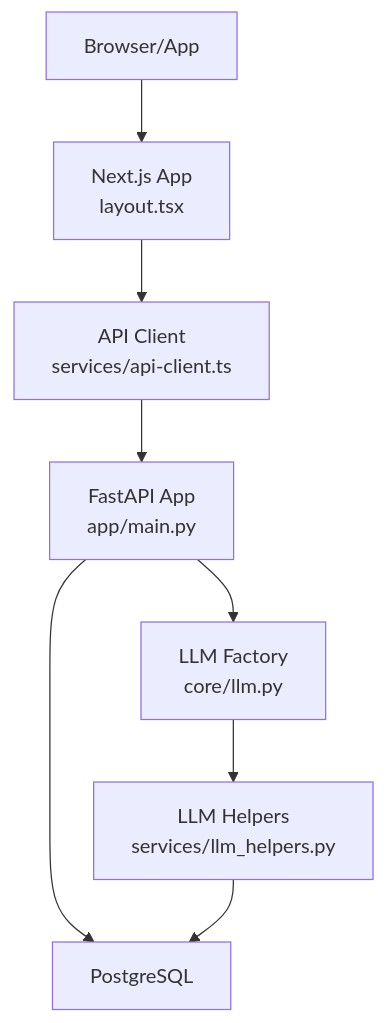
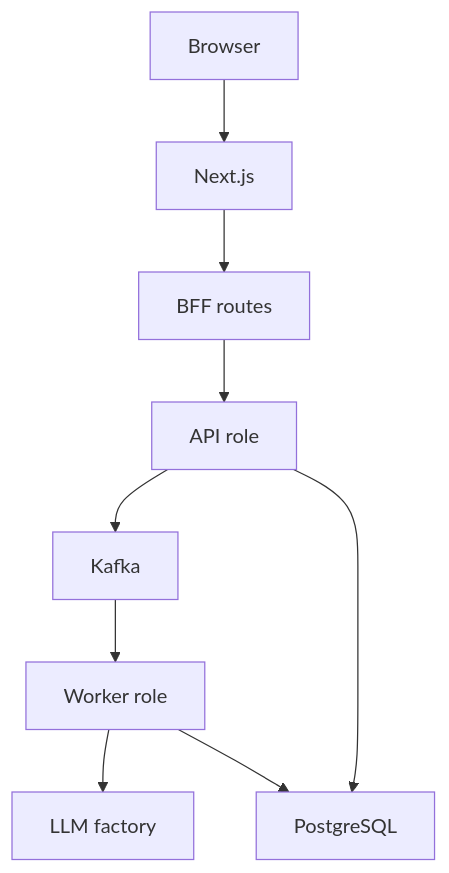
One commit to tashifkhan/tashif.codes changed the second of 6 diagrams in src/data/docs/talentsync/Project Overview/Technical Architecture Overview.md. Above: the diagram before and after it, drawn with Mermaid. The commit also changed other lines of this file and 2128 other files, not shown here.

First line of the commit message:
docs: replace raster diagram images with native Mermaid across project guides

````diff
--- a/src/data/docs/talentsync/Project Overview/Technical Architecture Overview.md
+++ b/src/data/docs/talentsync/Project Overview/Technical Architecture Overview.md
@@ -67,17 +65,19 @@
 ```mermaid
 graph TB
-Client["Browser/App"]
-NextApp["Next.js App<br/>layout.tsx"]
-APIClient["API Client<br/>services/api-client.ts"]
-FastAPI["FastAPI App<br/>app/main.py"]
-LLMFactory["LLM Factory<br/>core/llm.py"]
-LLMHelpers["LLM Helpers<br/>services/llm_helpers.py"]
+Client["Browser"]
+NextApp["Next.js"]
+BFF["BFF routes"]
+FastAPI["API role"]
+Worker["Worker role"]
+LLMFactory["LLM factory"]
 DB["PostgreSQL"]
+K["Kafka"]
 Client --> NextApp
-NextApp --> APIClient
-APIClient --> FastAPI
-FastAPI --> LLMFactory
-LLMFactory --> LLMHelpers
+NextApp --> BFF
+BFF --> FastAPI
+FastAPI --> K
+K --> Worker
+Worker --> LLMFactory
 FastAPI --> DB
-LLMHelpers --> DB
+Worker --> DB
 ```
````
